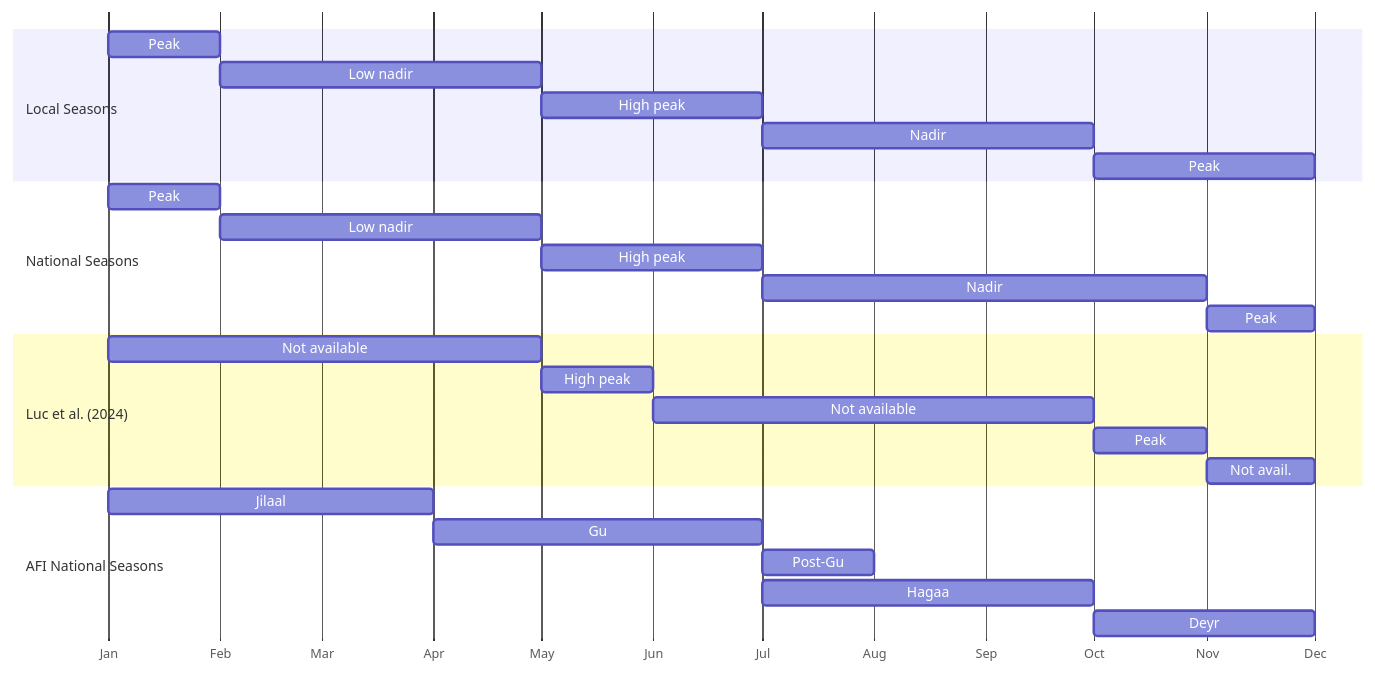
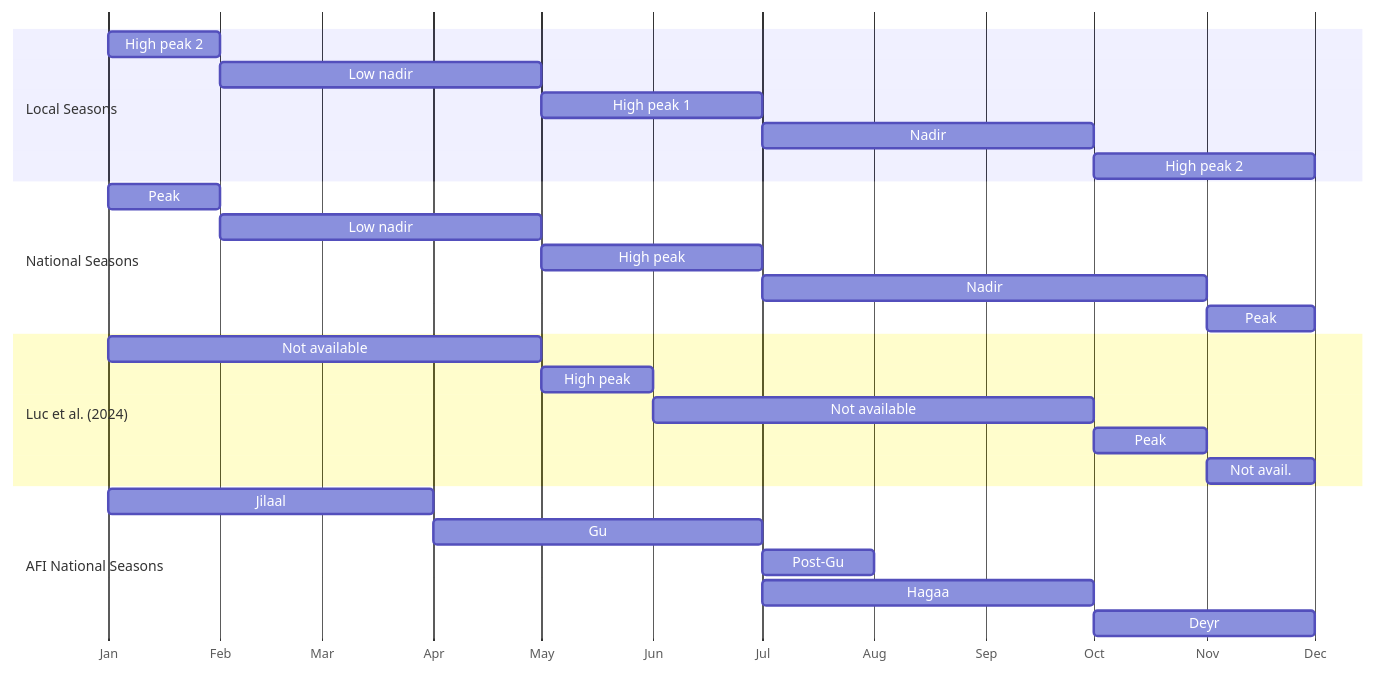
Before and after one commit to nutimes/som-sam-admit: the seventh of 10 diagrams in report.qmd, drawn with Mermaid. The commit also changed other lines of this file, not shown here.

````diff
--- a/report.qmd
+++ b/report.qmd
@@ -679,37 +690,37 @@
 ```{mermaid}
 %%| label: fig-afi-amn-calendar-pastoral
 %%| fig-cap: AMN seasonal calendar *versus* AFI seasonal calendar
 
 gantt
     dateFormat M
     axisFormat %b
     todayMarker off
 
     section Local Seasons
-    Peak :amn1, 1, 2
+    High peak 2 :amn1, 1, 2
     Low nadir :amn2, 2, 5
-    High peak :amn3, 5, 7
+    High peak 1 :amn3, 5, 7
     Nadir :amn4, 7, 10
-    Peak :amn5, 10, 12
+    High peak 2 :amn5, 10, 12
 
     section National Seasons
     Peak :ntl1, 1, 2
     Low nadir :ntl2, 2, 5
     High peak :ntl3, 5, 7
     Nadir :ntl4, 7, 11
     Peak :ntl5, 11, 12
 
     section Luc et al. (2024)
     Not available :luc1, 1, 5
     High peak :luc2, 5, 6
     Not available :luc3, 6, 10
     Peak :luc4, 10, 11
     Not avail. :luc5, 11, 12
 
     section AFI National Seasons
     Jilaal :afi1, 1, 4
     Gu     :afi2, 4, 7
     Post-Gu:afi3, 7, 8
     Hagaa  :afi4, 7, 10
     Deyr   :afi5, 10, 12
 ```
````
